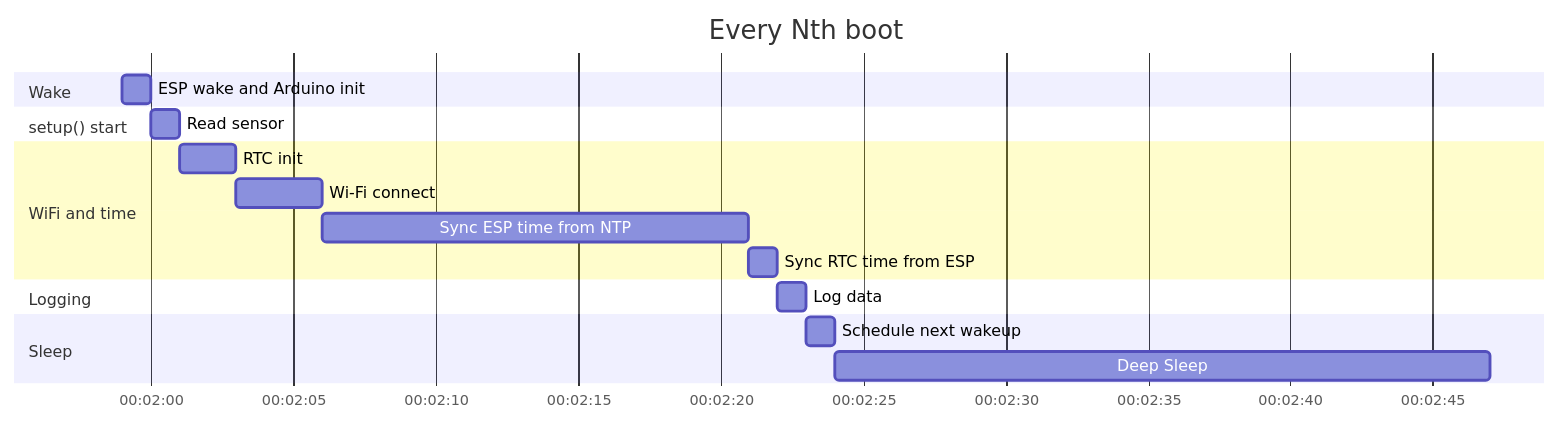
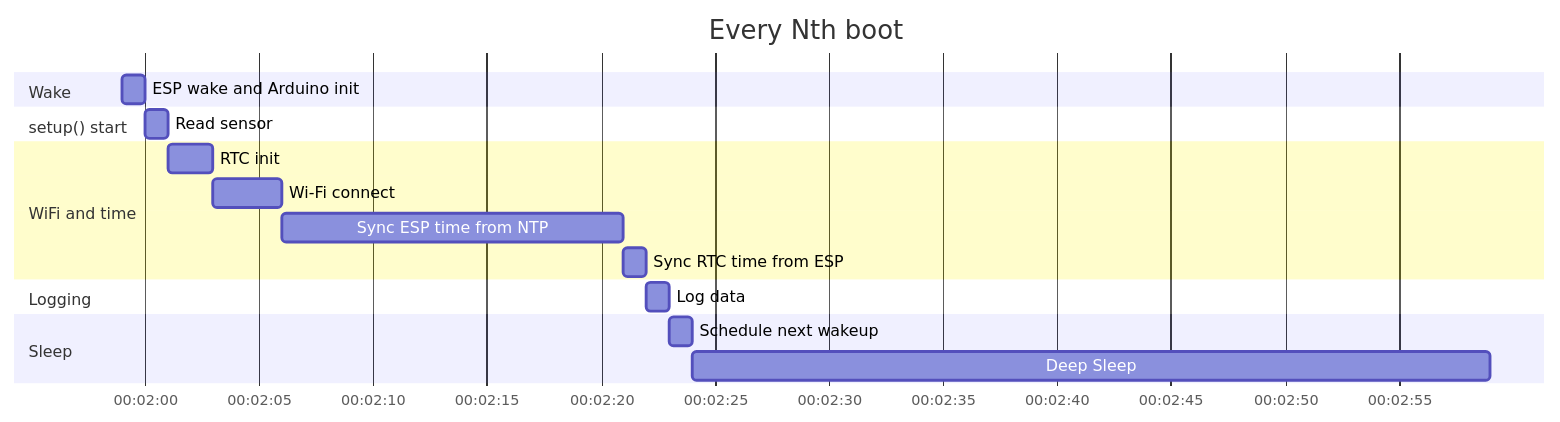
Before and after one commit to hamk-uas/esp32c3-arduino-sensor-iot-skeleton: the third of 4 diagrams in README.md, drawn with Mermaid.

Commit message:
Update deep sleep duration in README

````diff
--- a/README.md
+++ b/README.md
@@ -138,26 +138,26 @@
 ```mermaid
 gantt
     title Every Nth boot
 
     dateFormat ms
     axisFormat 00:%M:%S
 
     section Wake
     ESP wake and Arduino init   :wake, 2026-01-01T00:01:59, 1s
 
     section setup() start
     Read sensor                      :sensor, after wake, 1s
 
     section WiFi and time
     RTC init                         :rtc, after sensor, 2s
     Wi-Fi connect                    :wifi, after rtc, 3s
     Sync ESP time from NTP           :ntp, after wifi, 15s
     Sync RTC time from ESP           :rtcu, after ntp, 1s
 
     section Logging
     Log data                         :log, after rtcu, 1s
 
     section Sleep
     Schedule next wakeup             :sleepcalc, after log, 1s
-    Deep Sleep                       :sleep, after sleepcalc, 23s
+    Deep Sleep                       :sleep, after sleepcalc, 35s
 ```
````
